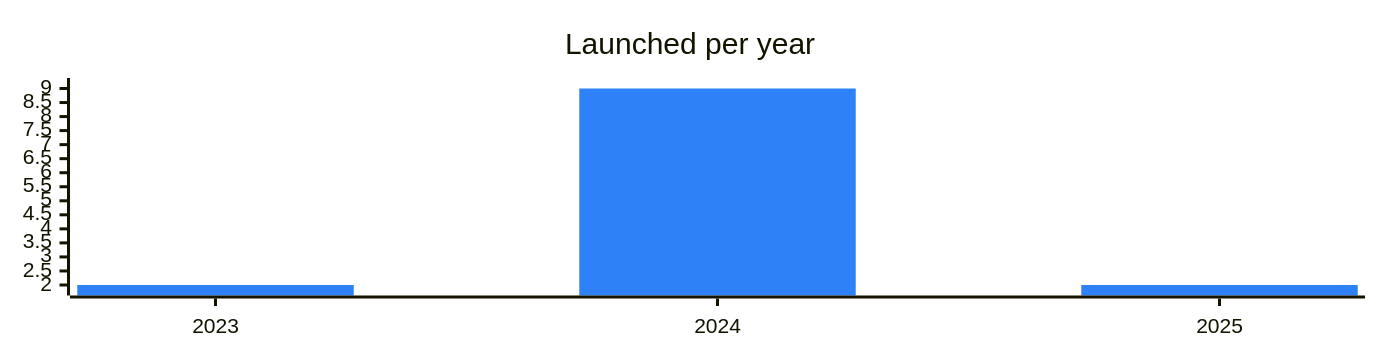
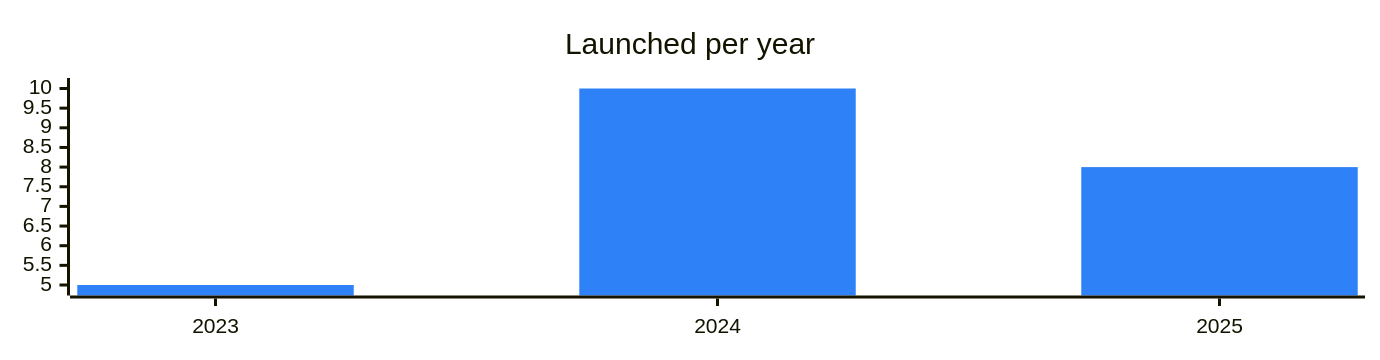
The diagram in categories/rwa.md (vitalikgpt/gram-ecosystem), drawn with Mermaid before and after one commit. The commit also changed other lines of this file and 69 other files, not shown here.

````diff
--- a/categories/rwa.md
+++ b/categories/rwa.md
@@ -7,7 +7,7 @@
 ```mermaid
 %%{init: {"xyChart": {"width": 900, "height": 220}, "themeVariables": {"xyChart": {"plotColorPalette": "#2f81f7"}}}}%%
 xychart-beta
   title "Launched per year"
   x-axis ["2023", "2024", "2025"]
-  bar [2, 9, 2]
+  bar [5, 10, 8]
 ```
````
